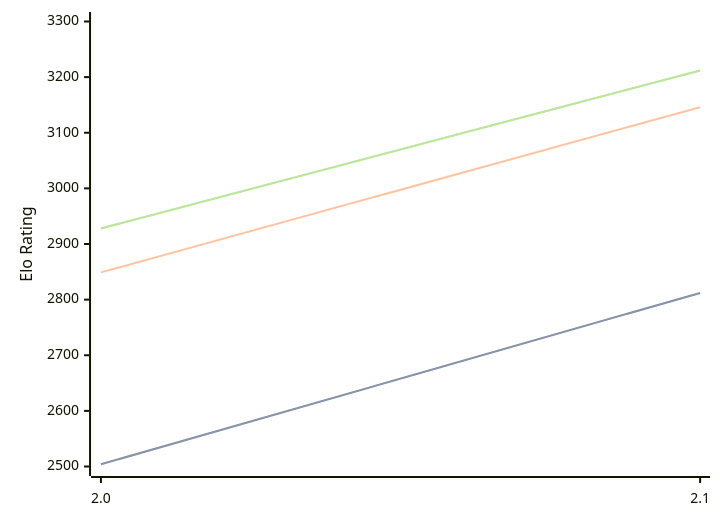
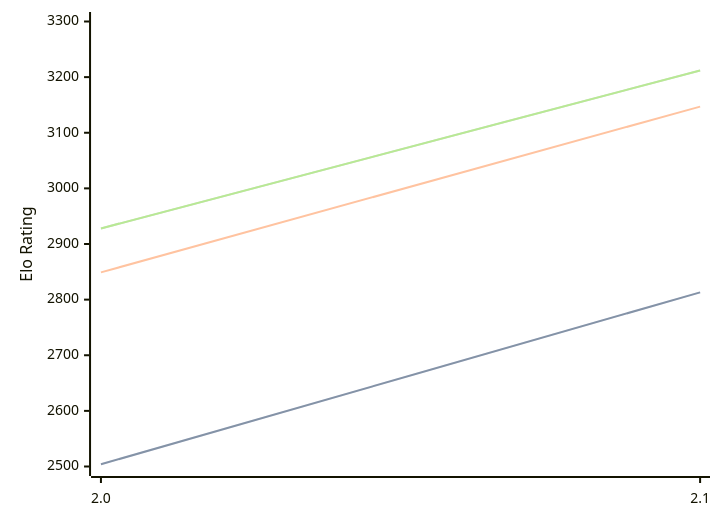
The diagram in engines/Tunguska.md (computer-chess-index/cci), drawn with Mermaid before and after one commit. The commit also changed other lines of this file, not shown here.

````diff
--- a/engines/Tunguska.md
+++ b/engines/Tunguska.md
@@ -32,11 +32,11 @@
 ```mermaid
 %%{init: {"theme":"base","themeVariables":{"seriesColors:['#a3a3a3','#222221','#faa371']}}}%%
 xychart-beta
   x-axis ["2.0", "2.1"]
   y-axis "Elo Rating" 2500 --> 3300
-  line "" [2504, 2812]
-  line "STC (8.0+0.08s)" [2504, 2812]
-  line "LTC (60.0+0.60s)" [2849, 3146]
+  line "" [2504, 2813]
+  line "STC (8.0+0.08s)" [2504, 2813]
+  line "LTC (60.0+0.60s)" [2849, 3147]
   line "" [2928, 3212]
   line "VLTC (2m24s+1.12s)" [2928, 3212]
 ```
````
